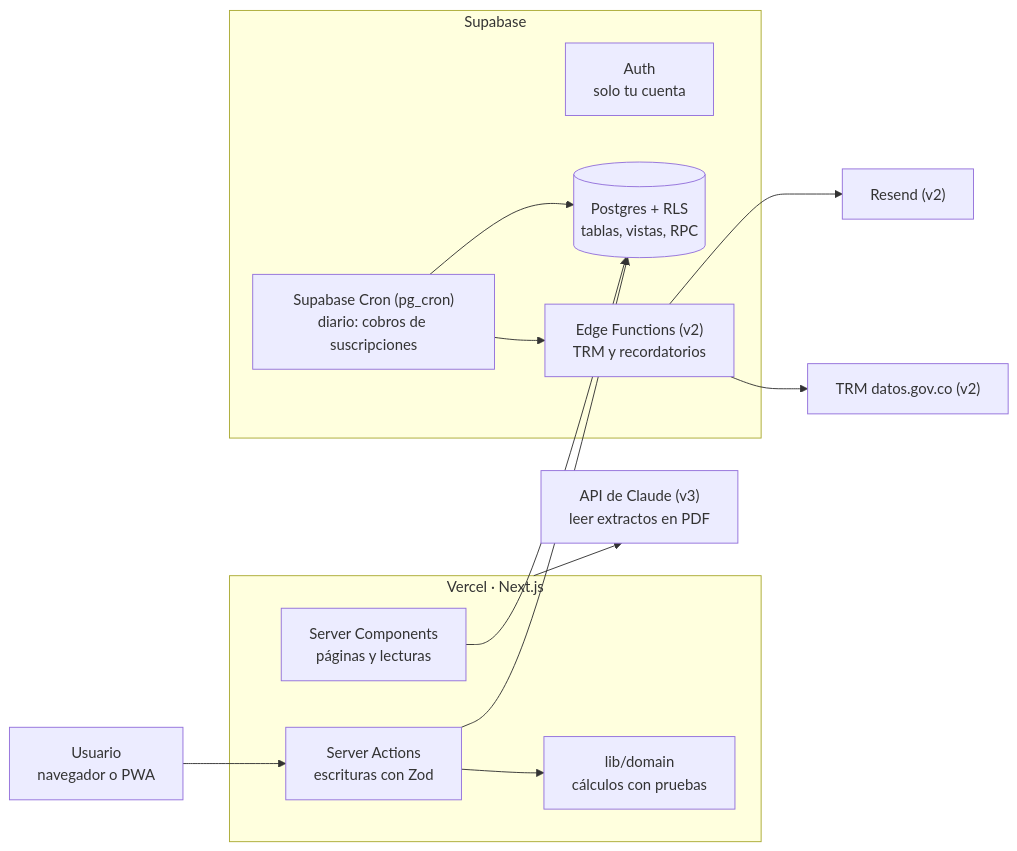
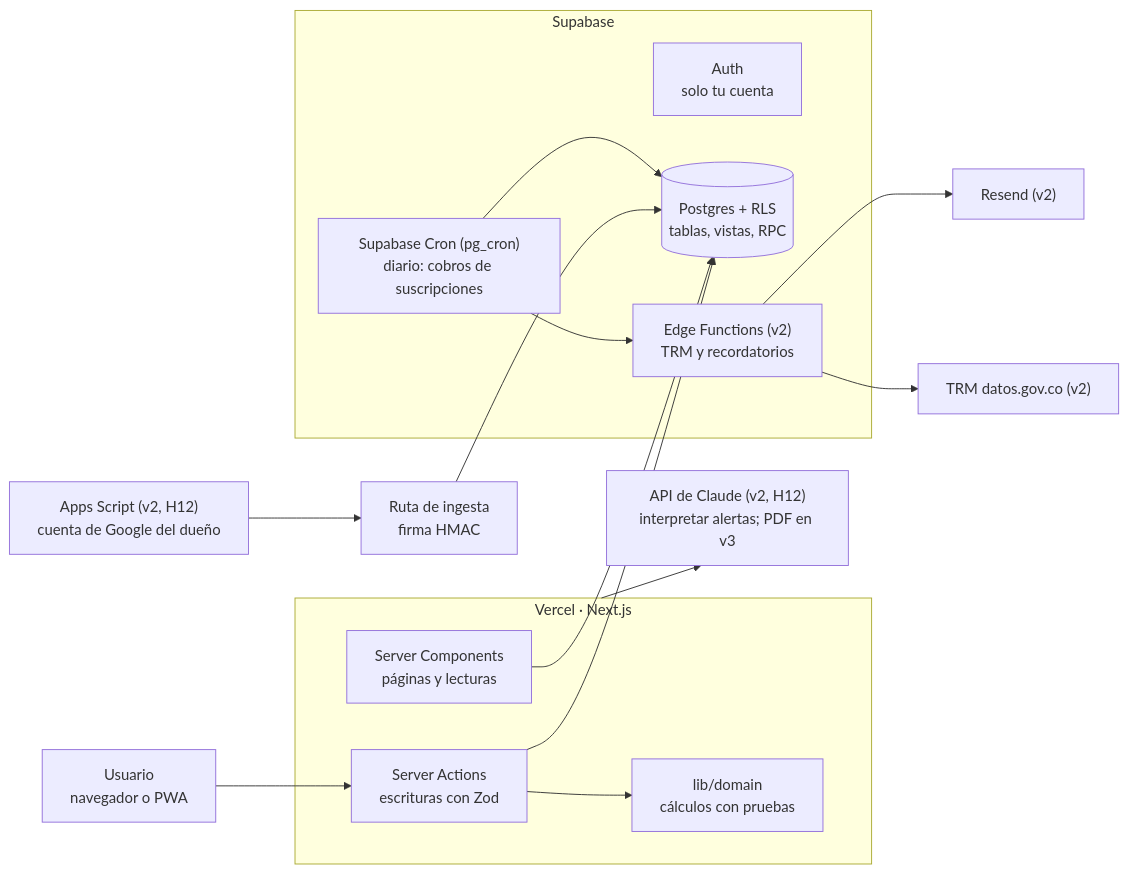
One commit to felipe22570/al-corte changed the diagram in docs/PRD.md. Above: the diagram before and after it, drawn with Mermaid. The commit also changed other lines of this file and 18 other files, not shown here.

````diff
--- a/docs/PRD.md
+++ b/docs/PRD.md
@@ -273,23 +398,25 @@
 ```mermaid
 flowchart LR
   U["Usuario<br/>navegador o PWA"] --> SA
   subgraph V["Vercel · Next.js"]
     RSC["Server Components<br/>páginas y lecturas"]
     SA["Server Actions<br/>escrituras con Zod"]
     D["lib/domain<br/>cálculos con pruebas"]
     SA --> D
   end
   subgraph S["Supabase"]
     A["Auth<br/>solo tu cuenta"]
     PG[("Postgres + RLS<br/>tablas, vistas, RPC")]
     C["Supabase Cron (pg_cron)<br/>diario: cobros de suscripciones"]
     EF["Edge Functions (v2)<br/>TRM y recordatorios"]
     C --> PG
     C --> EF
   end
   RSC --> PG
   SA --> PG
   EF --> R["Resend (v2)"]
   EF --> T["TRM datos.gov.co (v2)"]
-  V --> AI["API de Claude (v3)<br/>leer extractos en PDF"]
+  V --> AI["API de Claude (v2, H12)<br/>interpretar alertas; PDF en v3"]
+  G["Apps Script (v2, H12)<br/>cuenta de Google del dueño"] --> IN["Ruta de ingesta<br/>firma HMAC"]
+  IN --> PG
 ```
````
